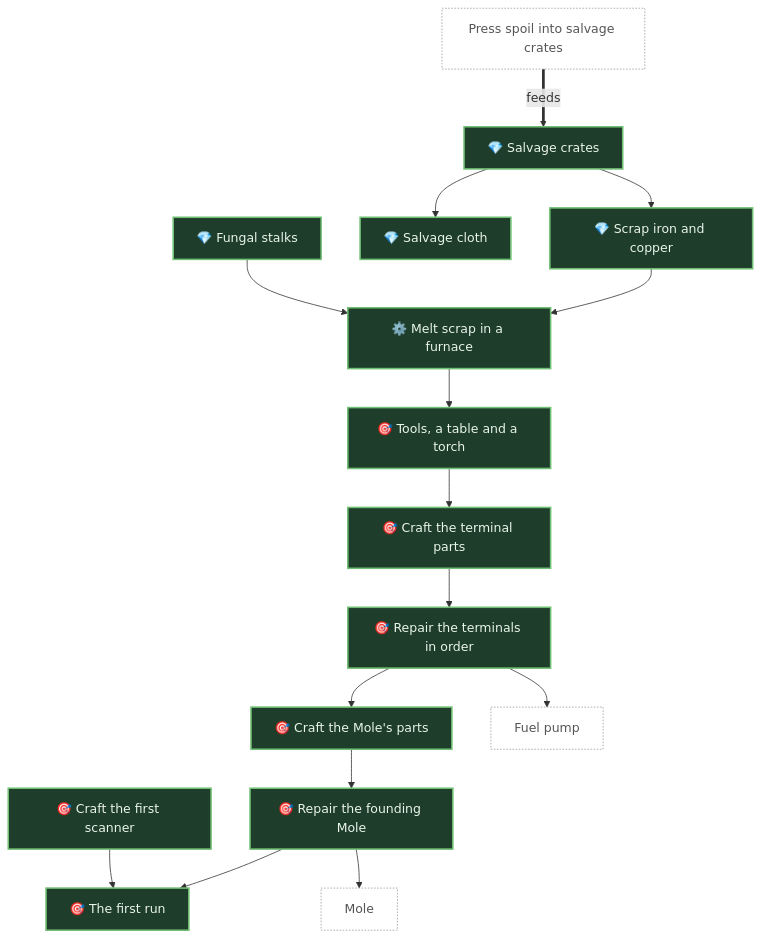
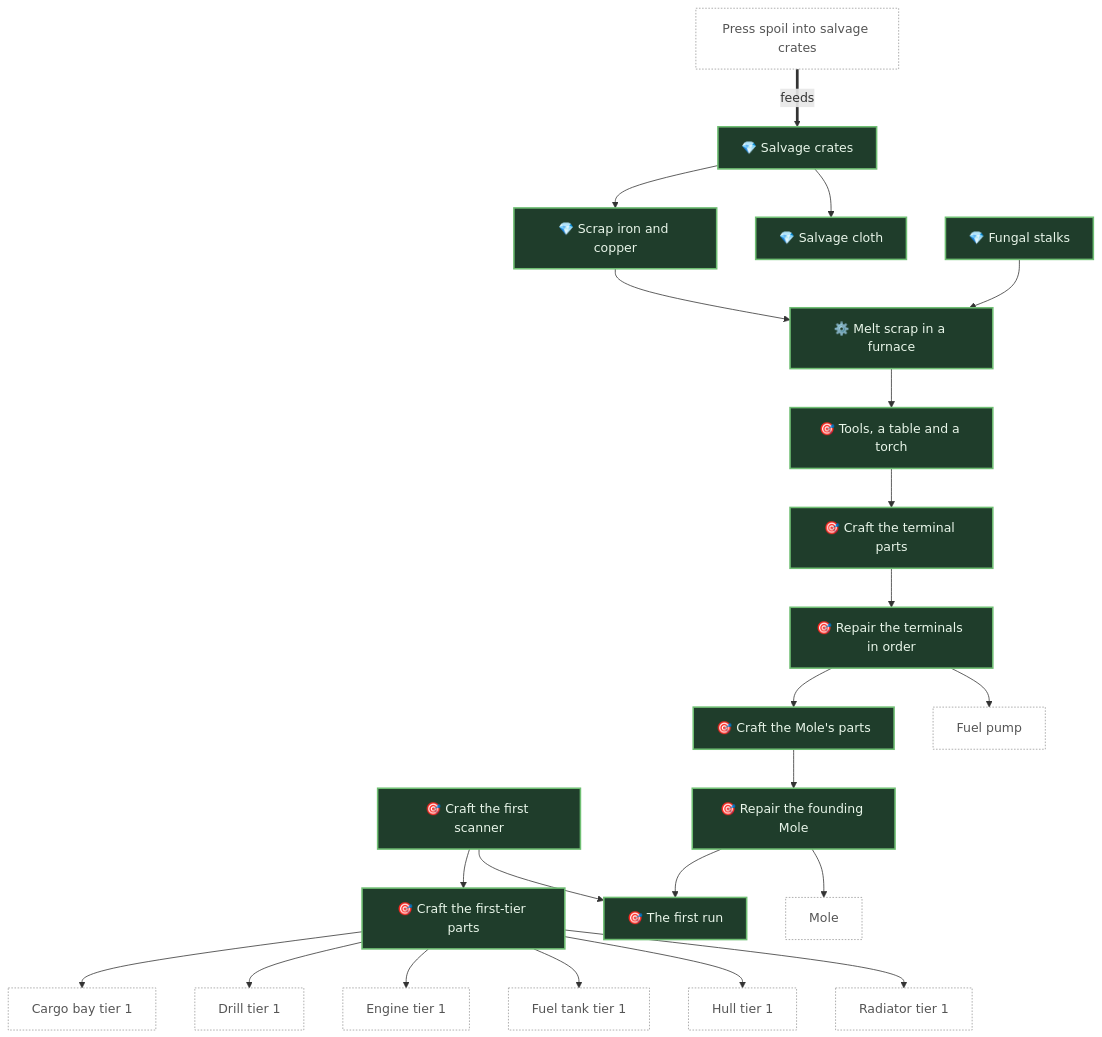
Before and after one commit to pkeppeler/deepcharter: diagram 22 of 30 in docs/FEATURE-MAP.md, drawn with Mermaid. The commit also changed other lines of this file and 51 other files, not shown here.

Commit message:
Craft tier 1 of a Mole's six stock tracks as units fitted by use (#536)

````diff
--- a/docs/FEATURE-MAP.md
+++ b/docs/FEATURE-MAP.md
@@ -1131,39 +1149,53 @@
 ```mermaid
 flowchart TB
   n_fungal_stalks["💎 Fungal stalks"]
   n_salvage_crate["💎 Salvage crates"]
   n_salvage_cloth["💎 Salvage cloth"]
   n_scrap_metal["💎 Scrap iron and copper"]
   n_furnace_scrap["⚙️ Melt scrap in a furnace"]
   n_craft_tools["🎯 Tools, a table and a torch"]
   n_craft_terminal_parts["🎯 Craft the terminal parts"]
   n_repair_terminals["🎯 Repair the terminals in order"]
   n_craft_mole_parts["🎯 Craft the Mole's parts"]
   n_scanner_from_crafting["🎯 Craft the first scanner"]
+  n_parts_from_crafting["🎯 Craft the first-tier parts"]
   n_repair_mole["🎯 Repair the founding Mole"]
   n_first_run["🎯 The first run"]
+  n_cargo_bay_t1["Cargo bay tier 1"]
   n_crate_press["Press spoil into salvage crates"]
+  n_drill_t1["Drill tier 1"]
+  n_engine_t1["Engine tier 1"]
   n_fuel_pump["Fuel pump"]
+  n_fuel_tank_t1["Fuel tank tier 1"]
+  n_hull_t1["Hull tier 1"]
   n_mole["Mole"]
+  n_radiator_t1["Radiator tier 1"]
   n_craft_mole_parts --> n_repair_mole
   n_craft_terminal_parts --> n_repair_terminals
   n_craft_tools --> n_craft_terminal_parts
   n_crate_press == feeds ==> n_salvage_crate
   n_fungal_stalks --> n_furnace_scrap
   n_furnace_scrap --> n_craft_tools
+  n_parts_from_crafting --> n_cargo_bay_t1
+  n_parts_from_crafting --> n_drill_t1
+  n_parts_from_crafting --> n_engine_t1
+  n_parts_from_crafting --> n_fuel_tank_t1
+  n_parts_from_crafting --> n_hull_t1
+  n_parts_from_crafting --> n_radiator_t1
   n_repair_mole --> n_first_run
   n_repair_mole --> n_mole
   n_repair_terminals --> n_craft_mole_parts
   n_repair_terminals --> n_fuel_pump
   n_salvage_crate --> n_salvage_cloth
   n_salvage_crate --> n_scrap_metal
   n_scanner_from_crafting --> n_first_run
+  n_scanner_from_crafting --> n_parts_from_crafting
   n_scrap_metal --> n_furnace_scrap
   classDef built fill:#1f3d2b,stroke:#6fbf73,stroke-width:2px,color:#e8f5e9
   classDef progress fill:#4a3a10,stroke:#f0b429,stroke-width:2px,color:#fff3d6
   classDef planned fill:#2e2e2e,stroke:#9e9e9e,stroke-width:1px,color:#d6d6d6
   classDef idea fill:#1a1a1a,stroke:#757575,stroke-width:1px,stroke-dasharray:4 3,color:#a0a0a0
   classDef ext fill:#ffffff,stroke:#999999,stroke-width:1px,stroke-dasharray:2 2,color:#555555
-  class n_fungal_stalks,n_salvage_crate,n_salvage_cloth,n_scrap_metal,n_furnace_scrap,n_craft_tools,n_craft_terminal_parts,n_repair_terminals,n_craft_mole_parts,n_scanner_from_crafting,n_repair_mole,n_first_run built
-  class n_crate_press,n_fuel_pump,n_mole ext
+  class n_fungal_stalks,n_salvage_crate,n_salvage_cloth,n_scrap_metal,n_furnace_scrap,n_craft_tools,n_craft_terminal_parts,n_repair_terminals,n_craft_mole_parts,n_scanner_from_crafting,n_parts_from_crafting,n_repair_mole,n_first_run built
+  class n_cargo_bay_t1,n_crate_press,n_drill_t1,n_engine_t1,n_fuel_pump,n_fuel_tank_t1,n_hull_t1,n_mole,n_radiator_t1 ext
 ```
````
